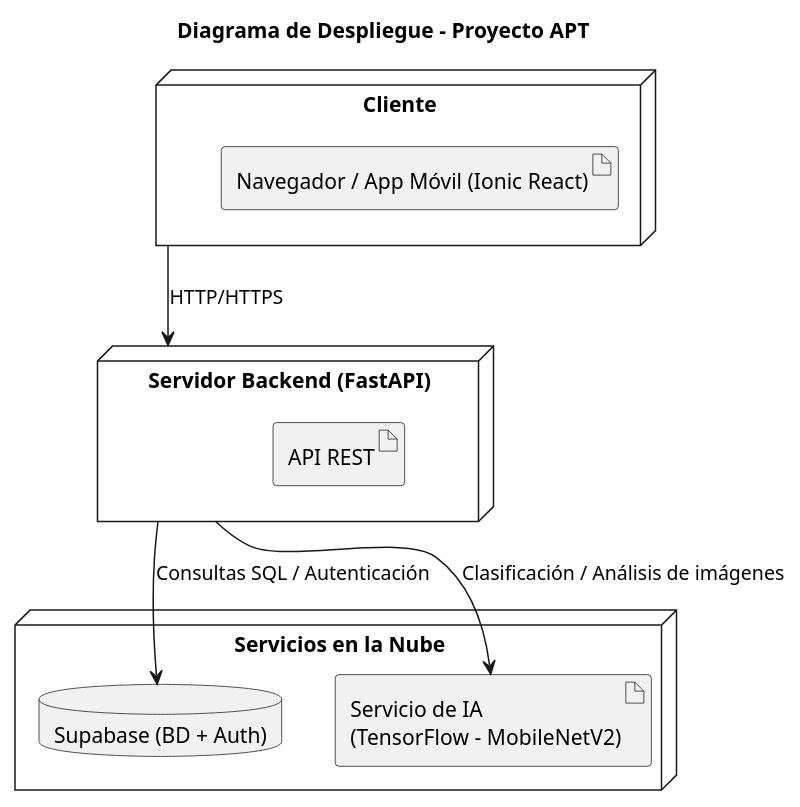
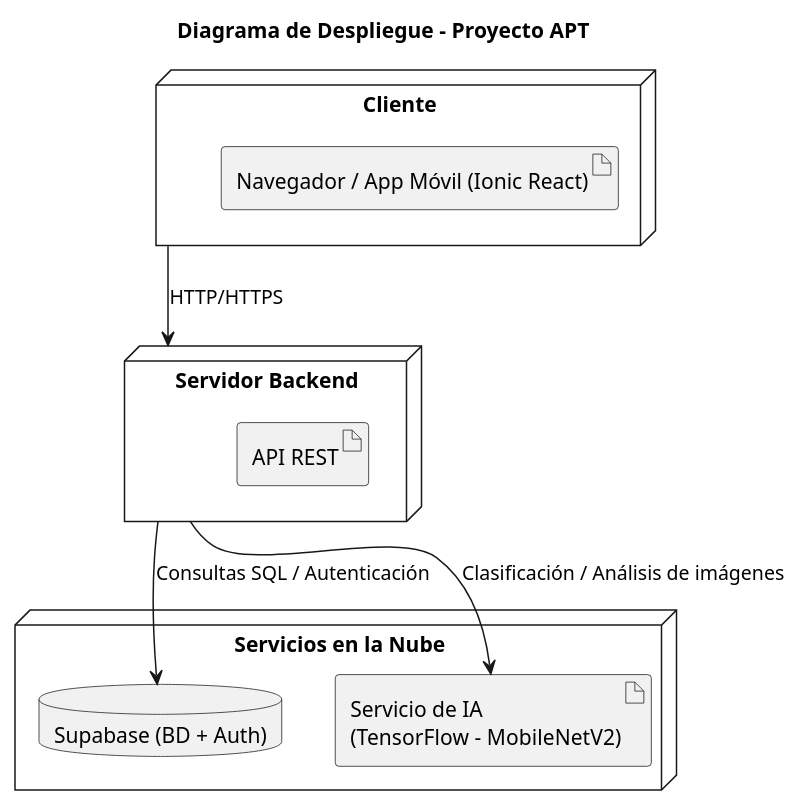
Before and after one commit to Tihare-Campusano/NEXA: the diagram in inventario-app/docs/diagramas/Diagrama_de_despliegue.puml, drawn with PlantUML. The commit also changed 1 other file, not shown here.

```diff
--- a/inventario-app/docs/diagramas/Diagrama_de_despliegue.puml
+++ b/inventario-app/docs/diagramas/Diagrama_de_despliegue.puml
@@ -1,21 +1,21 @@
 @startuml Diagrama_de_despliegue
 title Diagrama de Despliegue - Proyecto APT
 
 node "Cliente" {
     artifact "Navegador / App Móvil (Ionic React)"
 }
 
-node "Servidor Backend (FastAPI)" {
+node "Servidor Backend" {
     artifact "API REST"
 }
 
 node "Servicios en la Nube" {
     database "Supabase (BD + Auth)"
     artifact "Servicio de IA\n(TensorFlow - MobileNetV2)"
 }
 
-"Cliente" --> "Servidor Backend (FastAPI)" : HTTP/HTTPS
-"Servidor Backend (FastAPI)" --> "Supabase (BD + Auth)" : Consultas SQL / Autenticación
-"Servidor Backend (FastAPI)" --> "Servicio de IA\n(TensorFlow - MobileNetV2)" : Clasificación / Análisis de imágenes
+"Cliente" --> "Servidor Backend" : HTTP/HTTPS
+"Servidor Backend" --> "Supabase (BD + Auth)" : Consultas SQL / Autenticación
+"Servidor Backend" --> "Servicio de IA\n(TensorFlow - MobileNetV2)" : Clasificación / Análisis de imágenes
 
 @enduml
```
